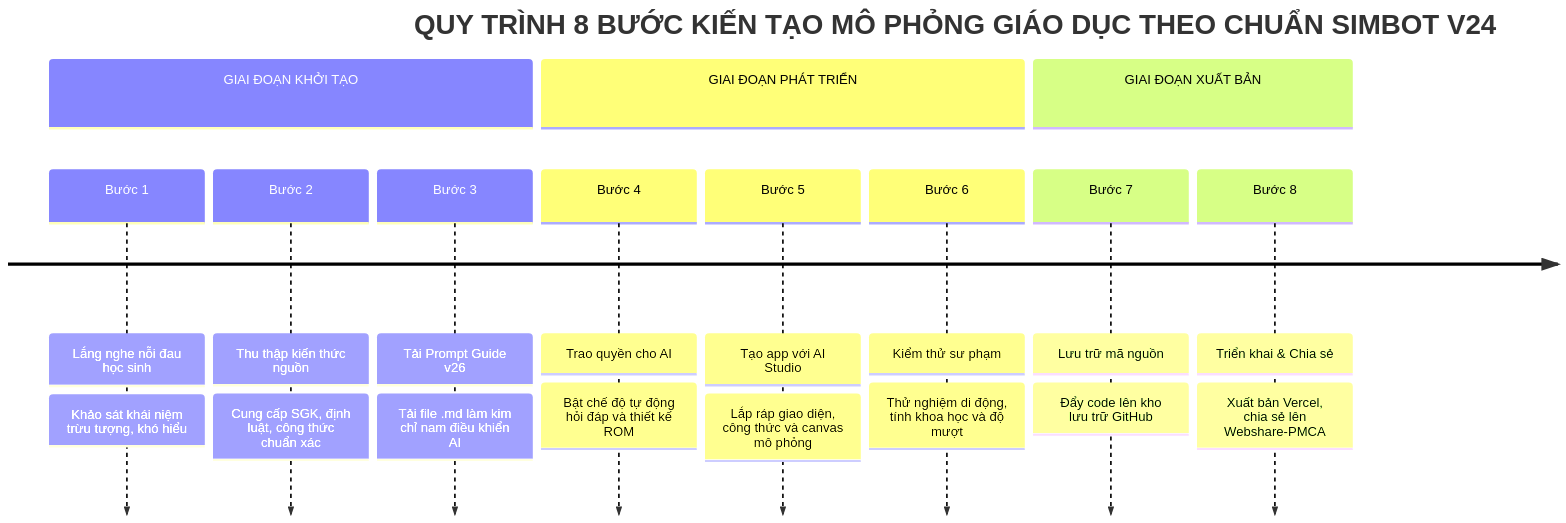
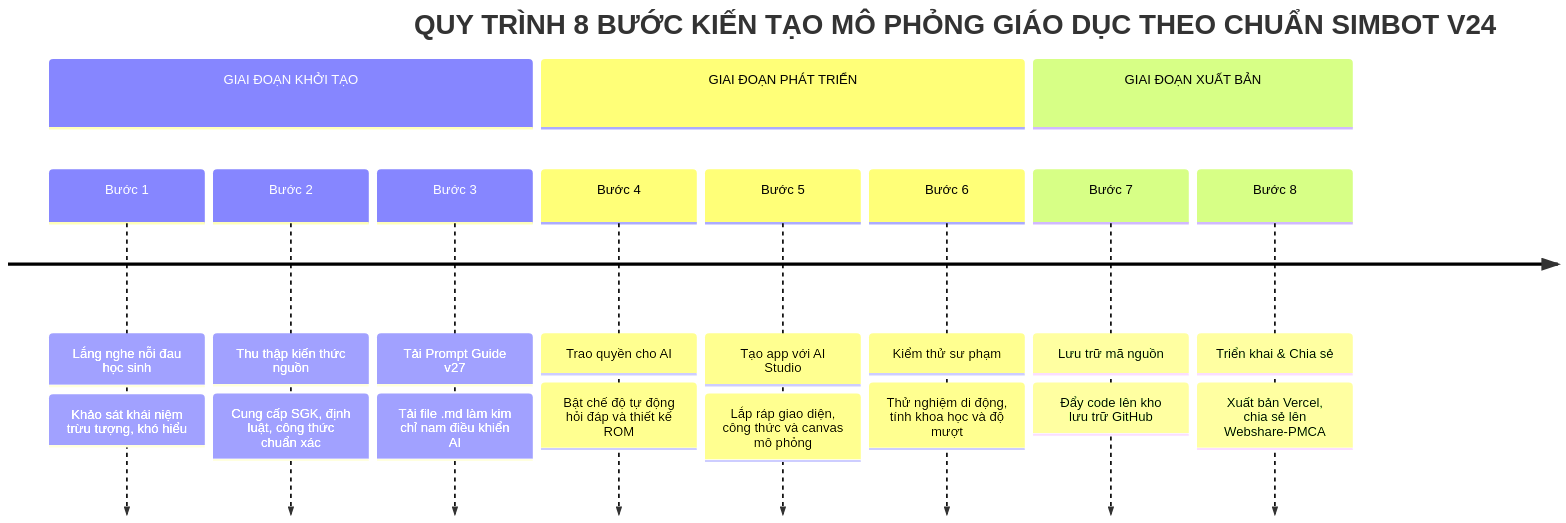
The fifth of 5 diagrams in EduCam/xuatra_anh.md (ltliem89/webhubshowcase), drawn with Mermaid before and after one commit. The commit also changed other lines of this file and 9 other files, not shown here.

Commit message:
feat(guide): update prompt guide to SIMBOT_UNIVERSAL_PROMPT_GUIDE_V27.md

````diff
--- a/EduCam/xuatra_anh.md
+++ b/EduCam/xuatra_anh.md
@@ -238,15 +238,15 @@
 ```mermaid
 timeline
     title QUY TRÌNH 8 BƯỚC KIẾN TẠO MÔ PHỎNG GIÁO DỤC THEO CHUẨN SIMBOT V24
     section GIAI ĐOẠN KHỞI TẠO
         Bước 1 : Lắng nghe nỗi đau học sinh : Khảo sát khái niệm trừu tượng, khó hiểu
         Bước 2 : Thu thập kiến thức nguồn : Cung cấp SGK, định luật, công thức chuẩn xác
-        Bước 3 : Tải Prompt Guide v26 : Tải file .md làm kim chỉ nam điều khiển AI
+        Bước 3 : Tải Prompt Guide v27 : Tải file .md làm kim chỉ nam điều khiển AI
     section GIAI ĐOẠN PHÁT TRIỂN
         Bước 4 : Trao quyền cho AI : Bật chế độ tự động hỏi đáp và thiết kế ROM
         Bước 5 : Tạo app với AI Studio : Lắp ráp giao diện, công thức và canvas mô phỏng
         Bước 6 : Kiểm thử sư phạm : Thử nghiệm di động, tính khoa học và độ mượt
     section GIAI ĐOẠN XUẤT BẢN
         Bước 7 : Lưu trữ mã nguồn : Đẩy code lên kho lưu trữ GitHub
         Bước 8 : Triển khai & Chia sẻ : Xuất bản Vercel, chia sẻ lên Webshare-PMCA
 ```
````
